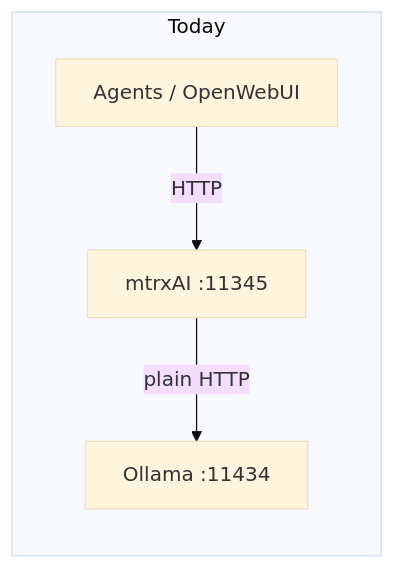
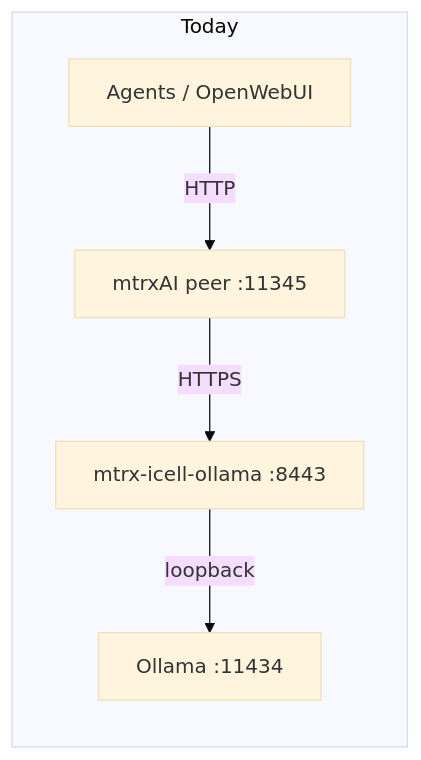
One commit to mtrxAI/mtrxAI-peer changed the first of 3 diagrams in docs/SECURE_OLLAMA.md. Above: the diagram before and after it, drawn with Mermaid (base theme). The commit also changed other lines of this file and 1 other file, not shown here.

````diff
--- a/docs/SECURE_OLLAMA.md
+++ b/docs/SECURE_OLLAMA.md
@@ -23,7 +23,8 @@
 ```mermaid
 flowchart LR
   subgraph today [Today]
-    App[Agents / OpenWebUI] -->|HTTP| Proxy[mtrxAI :11345]
-    Proxy -->|plain HTTP| Ollama[Ollama :11434]
+    App[Agents / OpenWebUI] -->|HTTP| Proxy[mtrxAI peer :11345]
+    Proxy -->|HTTPS| Icell[mtrx-icell-ollama :8443]
+    Icell -->|loopback| Engine[Ollama :11434]
   end
 ```
````
